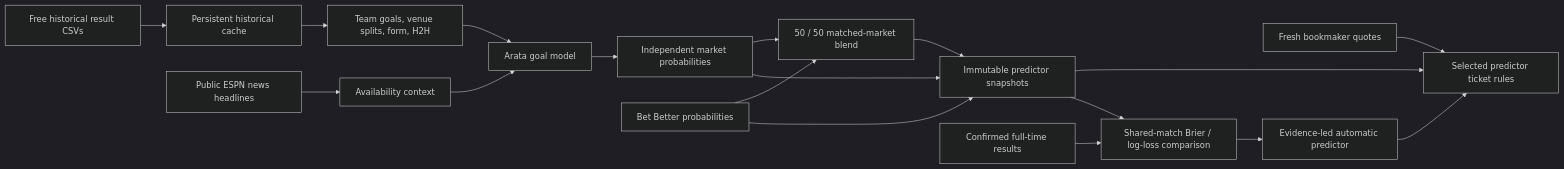
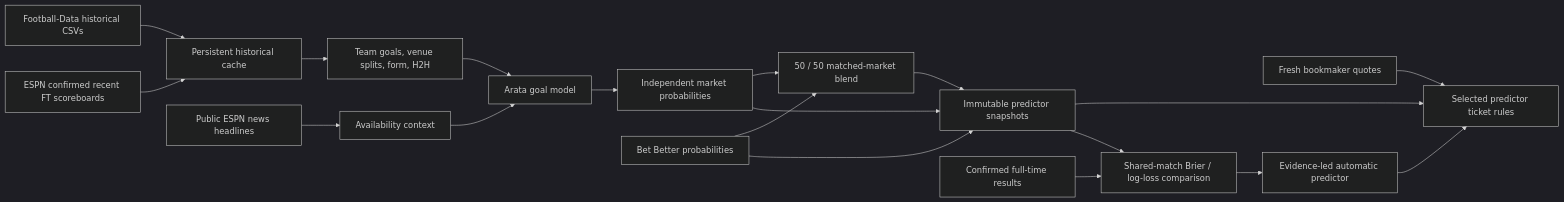
The diagram in MODEL.md (etopat2/arata_odds), drawn with Mermaid (dark theme) before and after one commit. The commit also changed other lines of this file and 20 other files, not shown here.

````diff
--- a/MODEL.md
+++ b/MODEL.md
@@ -7,20 +7,21 @@
 ```mermaid
 flowchart LR
-  H[Free historical result CSVs] --> C[Persistent historical cache]
+  H[Football-Data historical CSVs] --> C[Persistent historical cache]
+  J[ESPN confirmed recent FT scoreboards] --> C
   N[Public ESPN news headlines] --> E[Availability context]
   C --> F[Team goals, venue splits, form, H2H]
   F --> A[Arata goal model]
   E --> A
   A --> P[Independent market probabilities]
   B[Bet Better probabilities] --> L[50 / 50 matched-market blend]
   P --> L
   P --> S[Immutable predictor snapshots]
   B --> S
   L --> S
   O[Fresh bookmaker quotes] --> T[Selected predictor ticket rules]
   S --> T
   R[Confirmed full-time results] --> V[Shared-match Brier / log-loss comparison]
   S --> V
   V --> X[Evidence-led automatic predictor]
   X --> T
 ```
````
